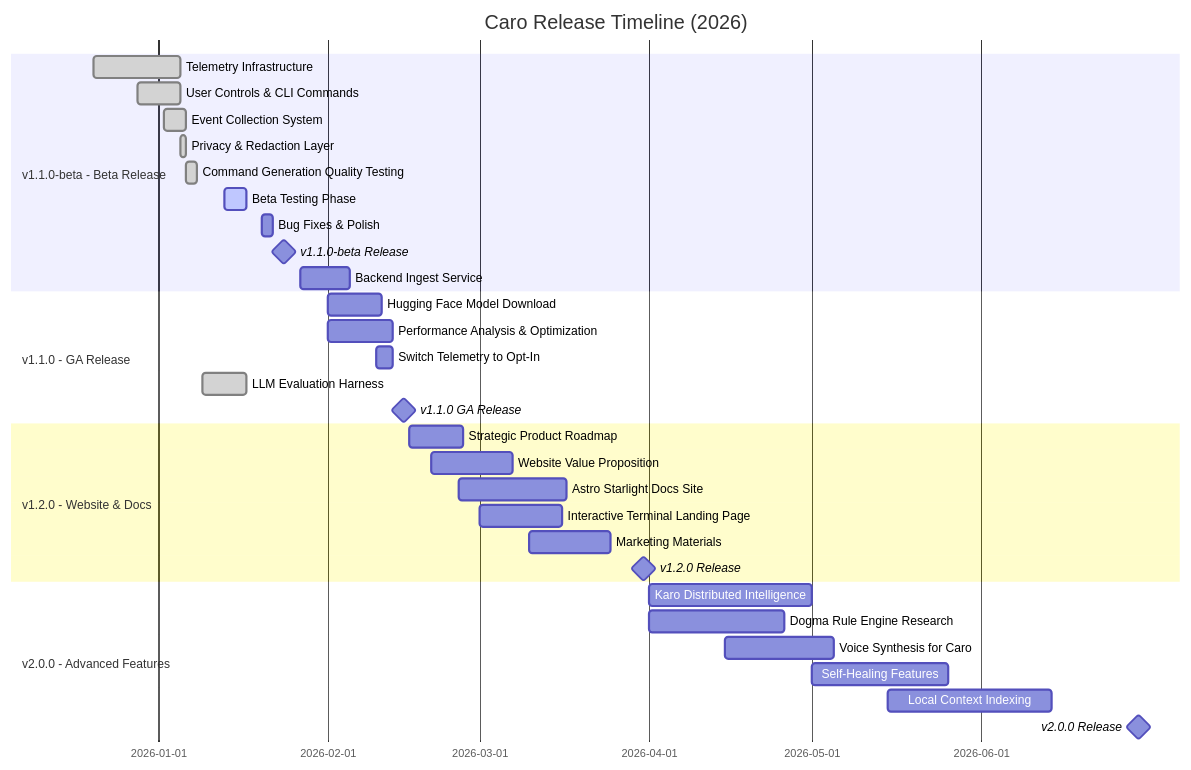
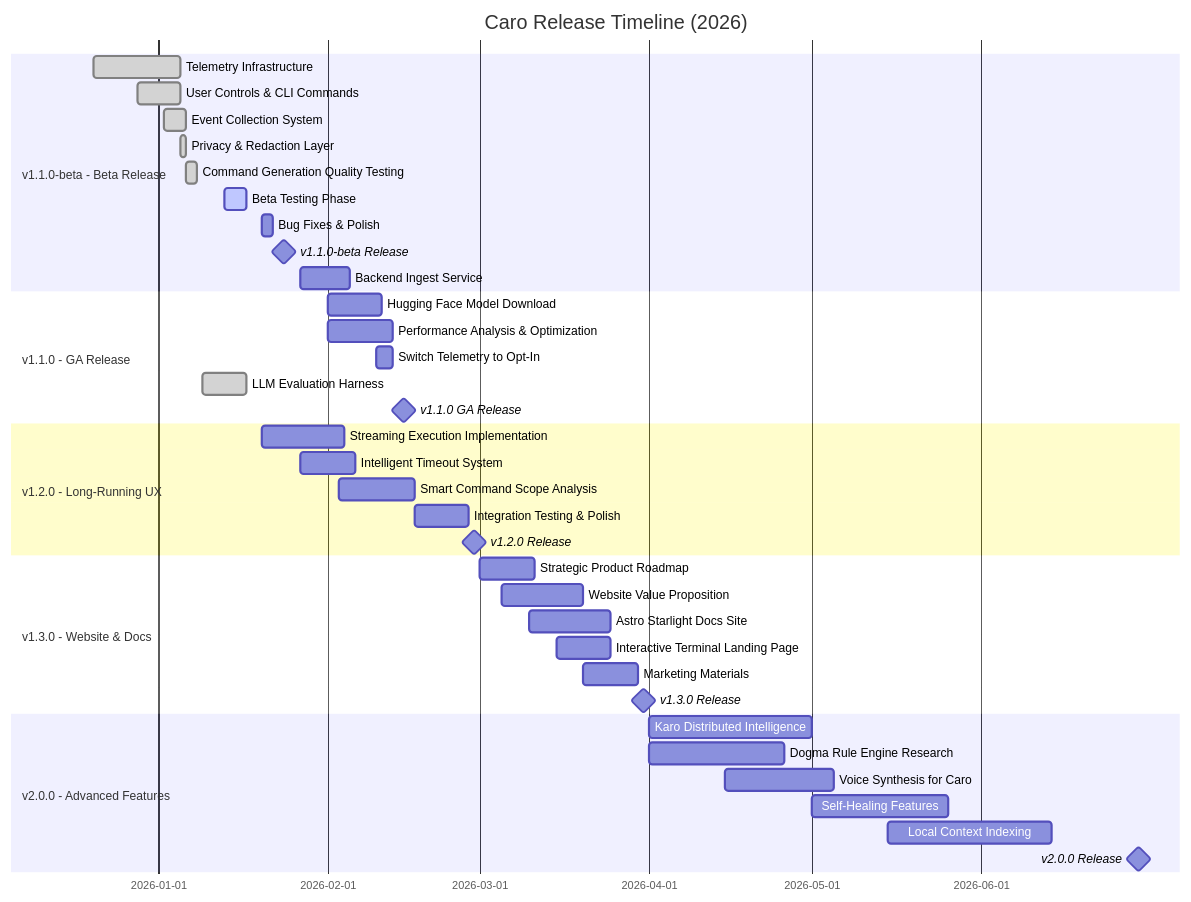
The diagram in ROADMAP.md (wildcard/caro), drawn with Mermaid before and after one commit. The commit also changed other lines of this file and 3 other files, not shown here.

First line of the commit message:
docs: Add PRD and ADR for long-running command UX improvements

````diff
--- a/ROADMAP.md
+++ b/ROADMAP.md
@@ -7,38 +7,45 @@
 ```mermaid
 gantt
     title Caro Release Timeline (2026)
     dateFormat YYYY-MM-DD
     section v1.1.0-beta - Beta Release
     Telemetry Infrastructure              :done, 2025-12-20, 2026-01-05
     User Controls & CLI Commands          :done, 2025-12-28, 2026-01-05
     Event Collection System               :done, 2026-01-02, 2026-01-06
     Privacy & Redaction Layer             :done, 2026-01-05, 2026-01-06
     Command Generation Quality Testing    :done, 2026-01-06, 2026-01-08
     Beta Testing Phase                    :active, 2026-01-13, 2026-01-17
     Bug Fixes & Polish                    :2026-01-20, 2026-01-22
     v1.1.0-beta Release                  :milestone, 2026-01-24, 0d
     Backend Ingest Service                :2026-01-27, 2026-02-05
 
     section v1.1.0 - GA Release
     Hugging Face Model Download           :2026-02-01, 10d
     Performance Analysis & Optimization   :2026-02-01, 12d
     Switch Telemetry to Opt-In           :2026-02-10, 3d
     LLM Evaluation Harness               :done, 2026-01-09, 2026-01-17
     v1.1.0 GA Release                    :milestone, 2026-02-15, 0d
 
-    section v1.2.0 - Website & Docs
-    Strategic Product Roadmap             :2026-02-16, 10d
-    Website Value Proposition             :2026-02-20, 15d
-    Astro Starlight Docs Site            :2026-02-25, 20d
-    Interactive Terminal Landing Page     :2026-03-01, 15d
-    Marketing Materials                   :2026-03-10, 15d
-    v1.2.0 Release                       :milestone, 2026-03-31, 0d
+    section v1.2.0 - Long-Running UX
+    Streaming Execution Implementation    :2026-01-20, 15d
+    Intelligent Timeout System            :2026-01-27, 10d
+    Smart Command Scope Analysis          :2026-02-03, 14d
+    Integration Testing & Polish          :2026-02-17, 10d
+    v1.2.0 Release                       :milestone, 2026-02-28, 0d
+
+    section v1.3.0 - Website & Docs
+    Strategic Product Roadmap             :2026-03-01, 10d
+    Website Value Proposition             :2026-03-05, 15d
+    Astro Starlight Docs Site            :2026-03-10, 15d
+    Interactive Terminal Landing Page     :2026-03-15, 10d
+    Marketing Materials                   :2026-03-20, 10d
+    v1.3.0 Release                       :milestone, 2026-03-31, 0d
 
     section v2.0.0 - Advanced Features
     Karo Distributed Intelligence        :2026-04-01, 30d
     Dogma Rule Engine Research           :2026-04-01, 25d
     Voice Synthesis for Caro             :2026-04-15, 20d
     Self-Healing Features                :2026-05-01, 25d
     Local Context Indexing               :2026-05-15, 30d
     v2.0.0 Release                       :milestone, 2026-06-30, 0d
 ```
````
